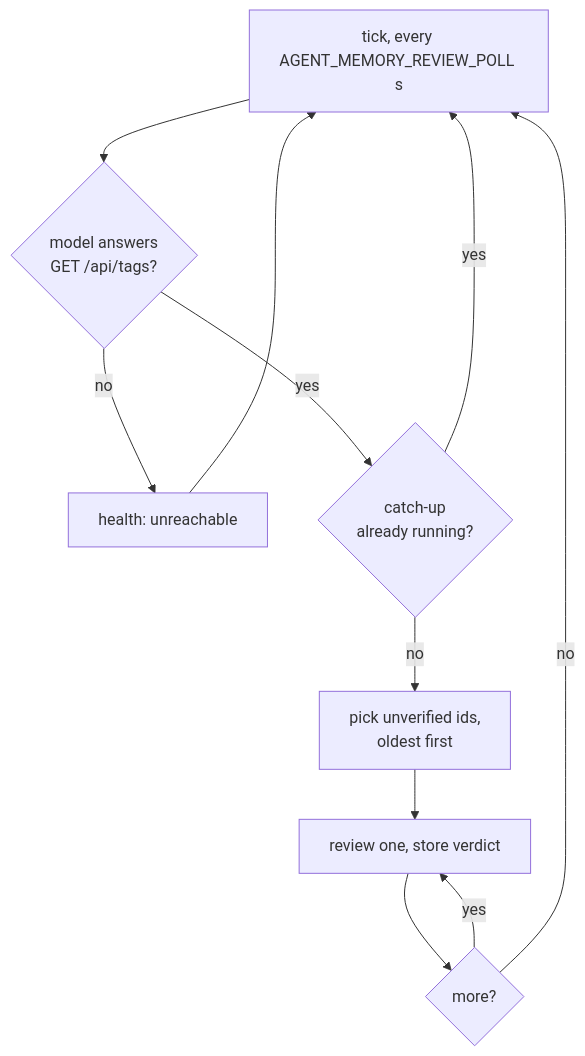
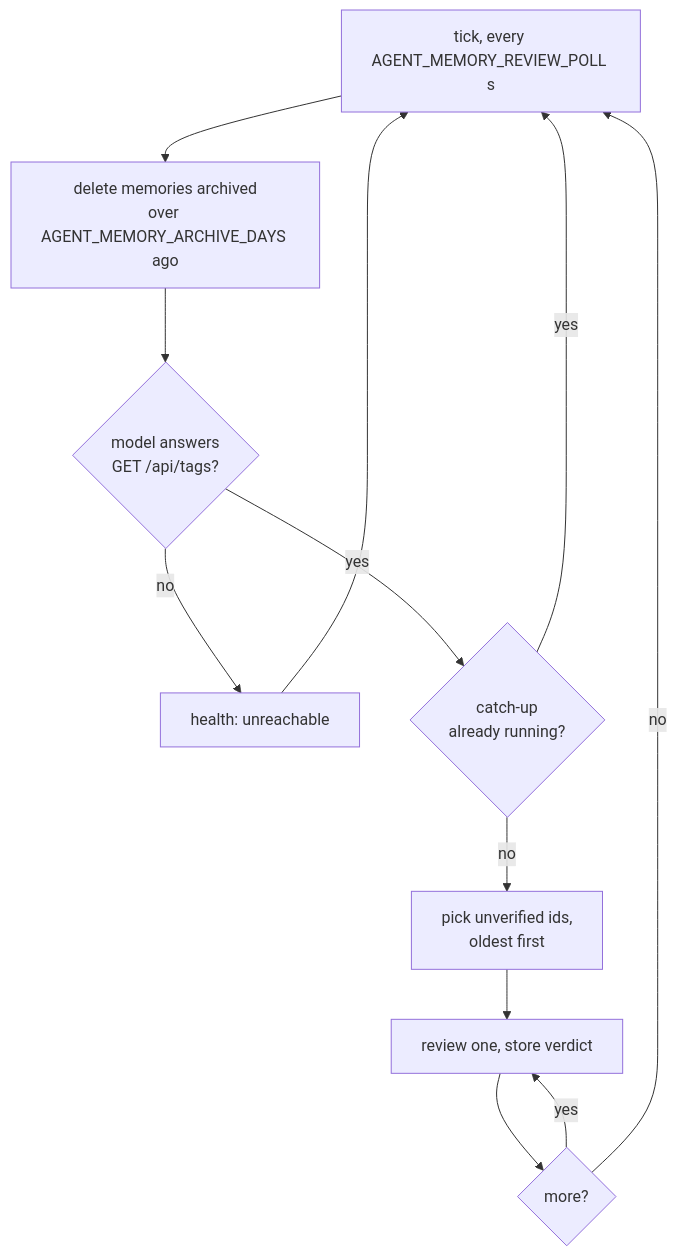
One commit to kdop/agent-memory changed the seventh of 8 diagrams in ARCHITECTURE.md. Above: the diagram before and after it, drawn with Mermaid. The commit also changed other lines of this file and 23 other files, not shown here.

First line of the commit message:
Archive what the review puts away, and delete it after 30 days

````diff
--- a/ARCHITECTURE.md
+++ b/ARCHITECTURE.md
@@ -217,12 +218,12 @@
 ```mermaid
 flowchart TD
-    T[tick, every AGENT_MEMORY_REVIEW_POLL s] --> R{model answers<br/>GET /api/tags?}
+    T[tick, every AGENT_MEMORY_REVIEW_POLL s] --> X[delete memories archived<br/>over AGENT_MEMORY_ARCHIVE_DAYS ago] --> R{model answers<br/>GET /api/tags?}
     R -- no --> U[health: unreachable] --> T
     R -- yes --> L{catch-up<br/>already running?}
     L -- yes --> T
     L -- no --> P[pick unverified ids,<br/>oldest first]
     P --> E[review one, store verdict]
     E --> N{more?}
     N -- yes --> E
     N -- no --> T
 ```
````
